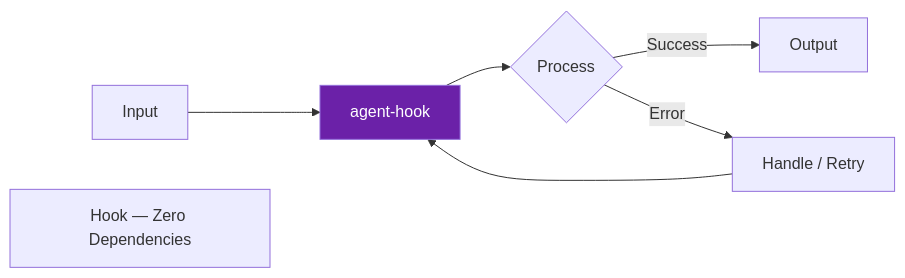
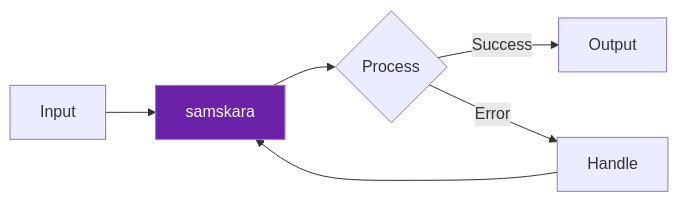
One commit to darshjme/agent-hook changed the diagram in README.md. Above: the diagram before and after it, drawn with Mermaid. The commit also changed other lines of this file and 1 other file, not shown here.

First line of the commit message:
feat(vedic-v3): rename to samskara (संस्कार)

````diff
--- a/README.md
+++ b/README.md
@@ -48,10 +39,9 @@
 ```mermaid
 flowchart LR
-    A[Input] --> B[agent-hook]
+    A[Input] --> B[samskara]
     B --> C{Process}
     C -- Success --> D[Output]
-    C -- Error --> E[Handle / Retry]
+    C -- Error --> E[Handle]
     E --> B
     style B fill:#6b21a8,color:#fff
-    note["Hook — Zero Dependencies"]
 ```
````
